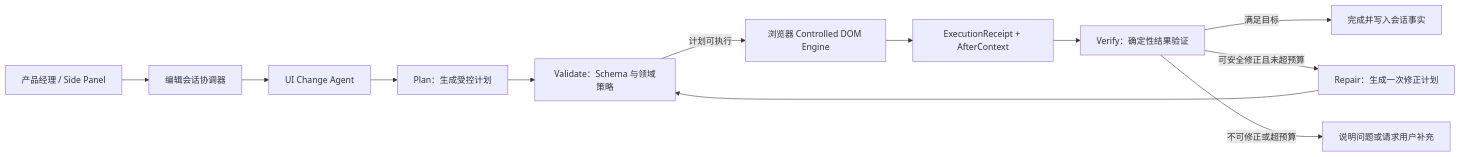
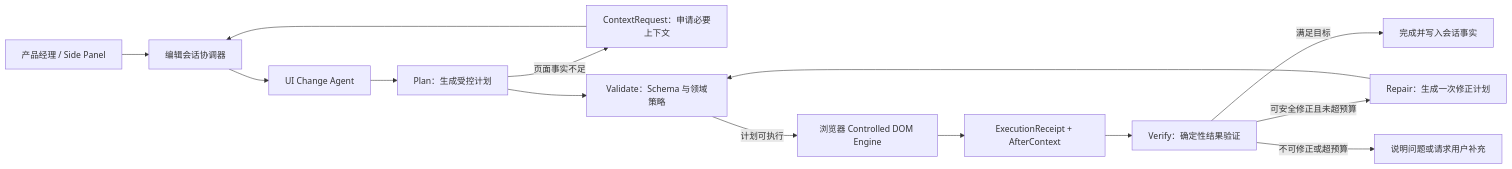
One commit to junmo-ops/UIAgent changed the diagram in docs/UI辅助需求编写插件_V1.1技术方案.md. Above: the diagram before and after it, drawn with Mermaid. The commit also changed other lines of this file and 11 other files, not shown here.

````diff
--- a/docs/UI辅助需求编写插件_V1.1技术方案.md
+++ b/docs/UI辅助需求编写插件_V1.1技术方案.md
@@ -58,14 +59,16 @@
 ```mermaid
 flowchart LR
     U["产品经理 / Side Panel"] --> O["编辑会话协调器"]
     O --> A["UI Change Agent"]
     A --> P["Plan：生成受控计划"]
+    P -->|"页面事实不足"| X["ContextRequest：申请必要上下文"]
+    X --> O
     P --> V1["Validate：Schema 与领域策略"]
     V1 -->|"计划可执行"| B["浏览器 Controlled DOM Engine"]
     B --> R["ExecutionReceipt + AfterContext"]
     R --> V2["Verify：确定性结果验证"]
     V2 -->|"满足目标"| D["完成并写入会话事实"]
     V2 -->|"可安全修正且未超预算"| F["Repair：生成一次修正计划"]
     F --> V1
     V2 -->|"不可修正或超预算"| C["说明问题或请求用户补充"]
 ```
````
